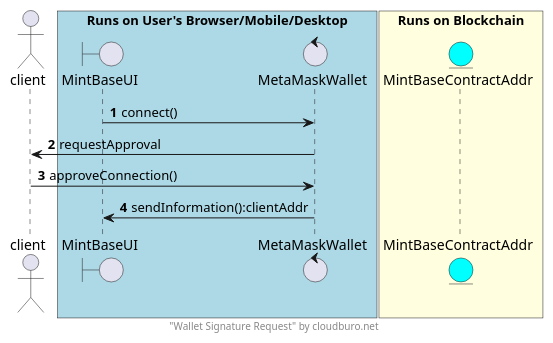
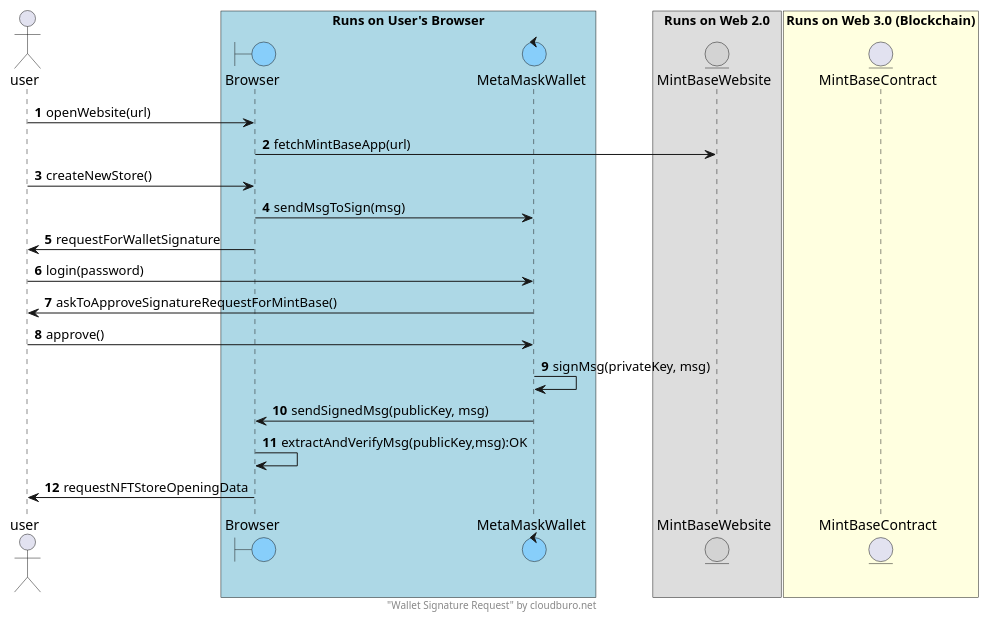
One commit to talfco/clb-uml-models changed the diagram in models/mintbase/article2/storeOpening1.puml. Above: the diagram before and after it, drawn with PlantUML.

Commit message:
Medium Article NFT

```diff
--- a/models/mintbase/article2/storeOpening1.puml
+++ b/models/mintbase/article2/storeOpening1.puml
@@ -1,21 +1,31 @@
 @startuml
 autonumber
 
 footer "Wallet Signature Request" by cloudburo.net
 
-actor client
-box "Runs on User's Browser/Mobile/Desktop" #LightBlue
-boundary MintBaseUI
-control MetaMaskWallet
+actor user 
+box "Runs on User's Browser" #LightBlue
+boundary Browser as mbui #LightSkyBlue
+control MetaMaskWallet as mmw #LightSkyBlue
 end box
-box "Runs on Blockchain" #LightYellow
-entity MintBaseContractAddr #aqua
+box "Runs on Web 2.0"
+entity MintBaseWebsite as website #LightGrey
+end box
+box "Runs on Web 3.0 (Blockchain)" #LightYellow
+entity MintBaseContract
 end box
 
-MintBaseUI -> MetaMaskWallet: connect()
-MetaMaskWallet -> client: requestApproval
-client -> MetaMaskWallet: approveConnection()
-MetaMaskWallet -> MintBaseUI: sendInformation():clientAddr
-
+user -> mbui: openWebsite(url)
+mbui -> website: fetchMintBaseApp(url)
+user -> mbui: createNewStore()
+mbui -> mmw: sendMsgToSign(msg)
+mbui -> user: requestForWalletSignature
+user -> mmw: login(password)
+mmw -> user: askToApproveSignatureRequestForMintBase()
+user -> mmw: approve()
+mmw -> mmw: signMsg(privateKey, msg)
+mmw -> mbui: sendSignedMsg(publicKey, msg)
+mbui -> mbui: extractAndVerifyMsg(publicKey,msg):OK
+mbui -> user: requestNFTStoreOpeningData
 
 @enduml
```
